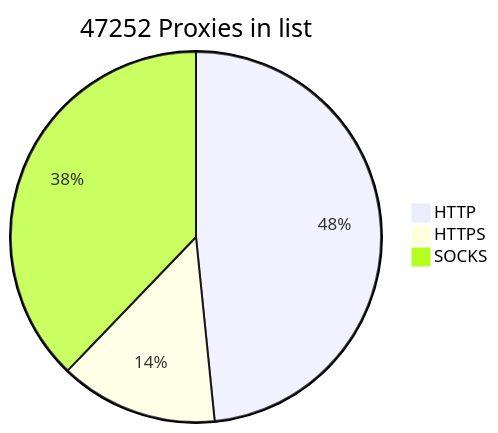
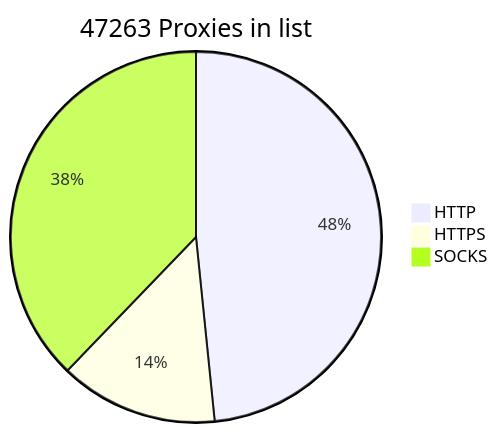
One commit to BlackSnowDot/proxylist-update-every-minute changed the diagram in README.md. Above: the diagram before and after it, drawn with Mermaid.

````diff
--- a/README.md
+++ b/README.md
@@ -2,6 +2,6 @@
 ```mermaid
-pie title 47252 Proxies in list
-    "HTTP" : 25542
-    "HTTPS": 7283
+pie title 47263 Proxies in list
+    "HTTP" : 25551
+    "HTTPS": 7293
     "SOCKS" : 19962
 ```
````
